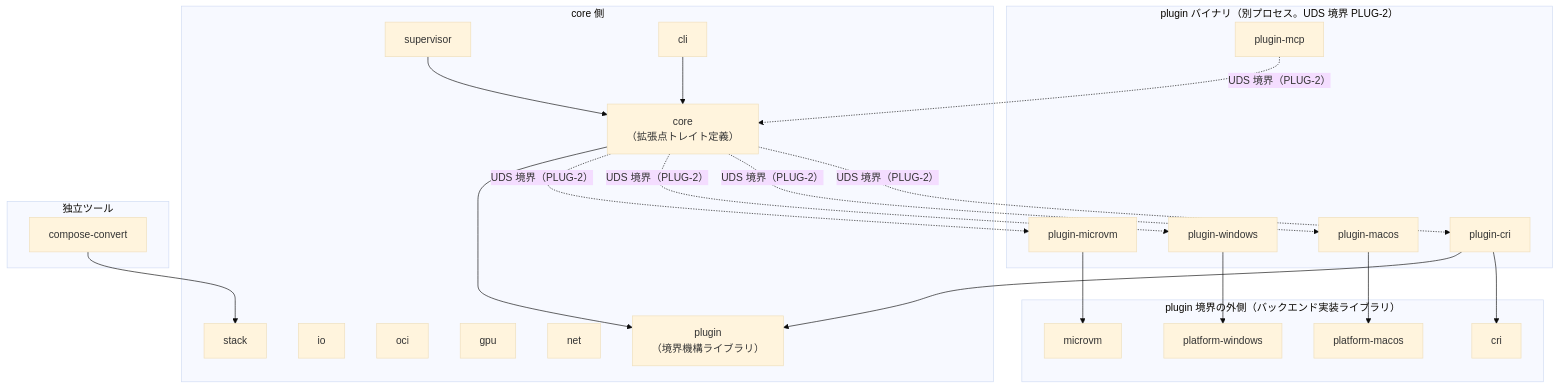
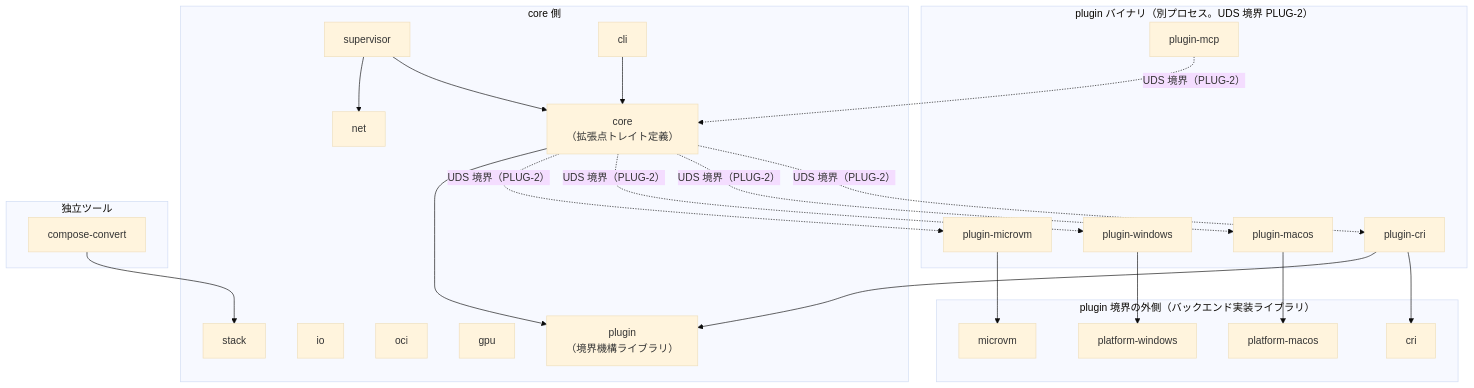
One commit to Fandhe-AI/fandhe-container changed the first of 2 diagrams in docs/architecture.md. Above: the diagram before and after it, drawn with Mermaid (base theme). The commit also changed other lines of this file and 8 other files, not shown here.

First line of the commit message:
feat(supervisor): 起動オプション文書に network・add-host・dns を足し net で再検証して渡す (#3194)

````diff
--- a/docs/architecture.md
+++ b/docs/architecture.md
@@ -48,51 +48,52 @@
 ```mermaid
 flowchart TB
     subgraph CORE["core 側"]
         plugin_lib["plugin<br/>（境界機構ライブラリ）"]
         io["io"]
         core["core<br/>（拡張点トレイト定義）"]
         supervisor["supervisor"]
         oci["oci"]
         gpu["gpu"]
         net["net"]
         stack["stack"]
         cli["cli"]
     end
 
     subgraph BACKEND["plugin 境界の外側（バックエンド実装ライブラリ）"]
         cri["cri"]
         platform_macos["platform-macos"]
         platform_windows["platform-windows"]
         microvm["microvm"]
     end
 
     subgraph PLUGIN_BIN["plugin バイナリ（別プロセス。UDS 境界 PLUG-2）"]
         plugin_cri["plugin-cri"]
         plugin_macos["plugin-macos"]
         plugin_windows["plugin-windows"]
         plugin_microvm["plugin-microvm"]
         plugin_mcp["plugin-mcp"]
     end
 
     subgraph STANDALONE["独立ツール"]
         compose_convert["compose-convert"]
     end
 
     cli --> core
     supervisor --> core
+    supervisor --> net
     compose_convert --> stack
 
     plugin_cri --> cri
     plugin_macos --> platform_macos
     plugin_windows --> platform_windows
     plugin_microvm --> microvm
 
     core -. "UDS 境界（PLUG-2）" .-> plugin_cri
     core -. "UDS 境界（PLUG-2）" .-> plugin_macos
     core -. "UDS 境界（PLUG-2）" .-> plugin_windows
     core -. "UDS 境界（PLUG-2）" .-> plugin_microvm
     plugin_mcp -. "UDS 境界（PLUG-2）" .-> core
 
     core --> plugin_lib
     plugin_cri --> plugin_lib
 ```
````
